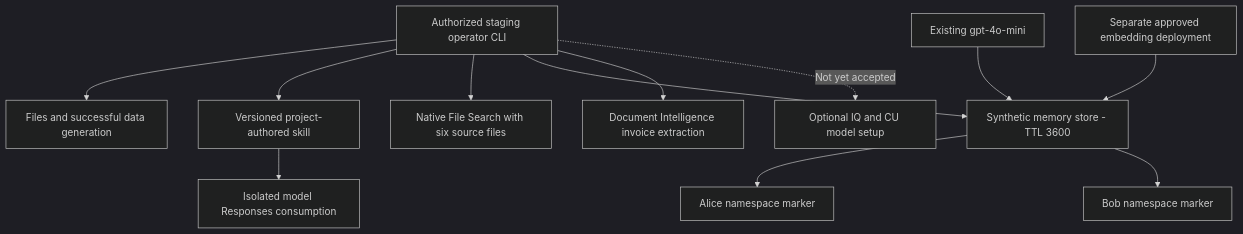
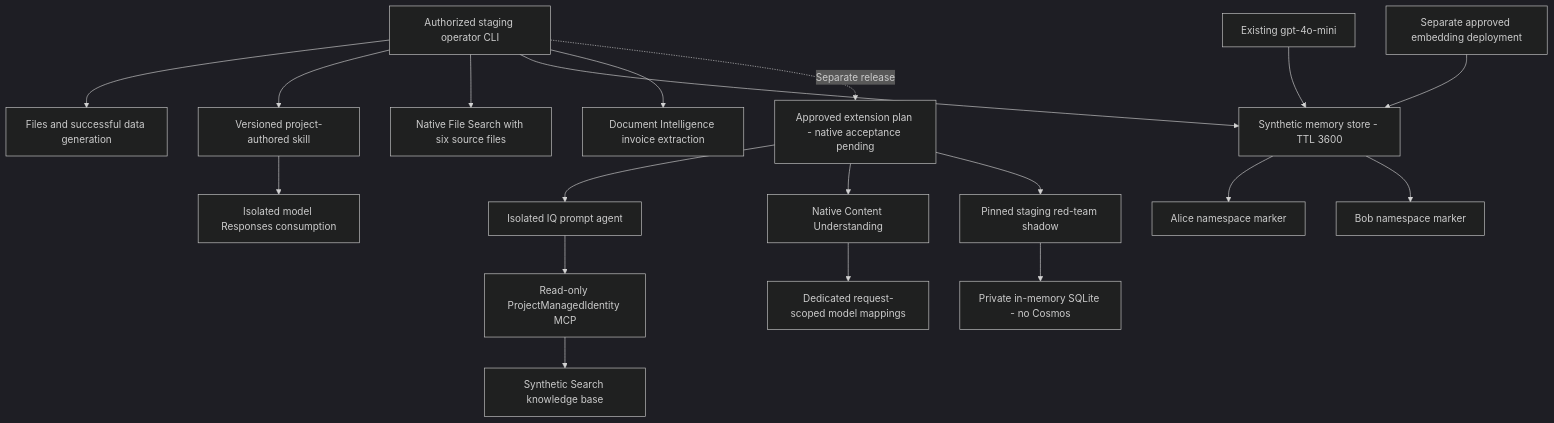
The fifth of 7 diagrams in docs/architecture.md (devopsabcs-engineering/foundry-hosted-agents-fsi), drawn with Mermaid (dark theme) before and after one commit. The commit also changed other lines of this file and 17 other files, not shown here.

First line of the commit message:
feat: add isolated native Foundry extensions (#46)

````diff
--- a/docs/architecture.md
+++ b/docs/architecture.md
@@ -282,16 +282,23 @@
 ```mermaid
 flowchart TD
     NOperator["Authorized staging operator CLI"]
     NOperator --> NFiles["Files and successful data generation"]
     NOperator --> NSkill["Versioned project-authored skill"]
     NSkill --> NRuntime["Isolated model Responses consumption"]
     NOperator --> NSearch["Native File Search with six source files"]
     NOperator --> NMemory["Synthetic memory store - TTL 3600"]
     NChat["Existing gpt-4o-mini"] --> NMemory
     NEmbedding["Separate approved embedding deployment"] --> NMemory
     NMemory --> NAlice["Alice namespace marker"]
     NMemory --> NBob["Bob namespace marker"]
     NOperator --> NInvoice["Document Intelligence invoice extraction"]
-    NOptional["Optional IQ and CU model setup"]
-    NOperator -.->|"Not yet accepted"| NOptional
+    NExtension["Approved extension plan - native acceptance pending"]
+    NOperator -.->|"Separate release"| NExtension
+    NExtension --> NIQ["Isolated IQ prompt agent"]
+    NIQ --> NConnection["Read-only ProjectManagedIdentity MCP"]
+    NConnection --> NKnowledge["Synthetic Search knowledge base"]
+    NExtension --> NCU["Native Content Understanding"]
+    NCU --> NCUModels["Dedicated request-scoped model mappings"]
+    NExtension --> NShadow["Pinned staging red-team shadow"]
+    NShadow --> NPrivate["Private in-memory SQLite - no Cosmos"]
 ```
````
